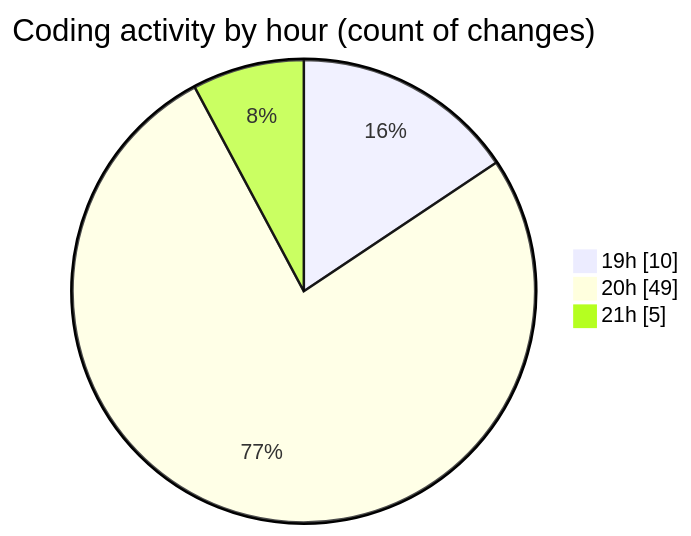
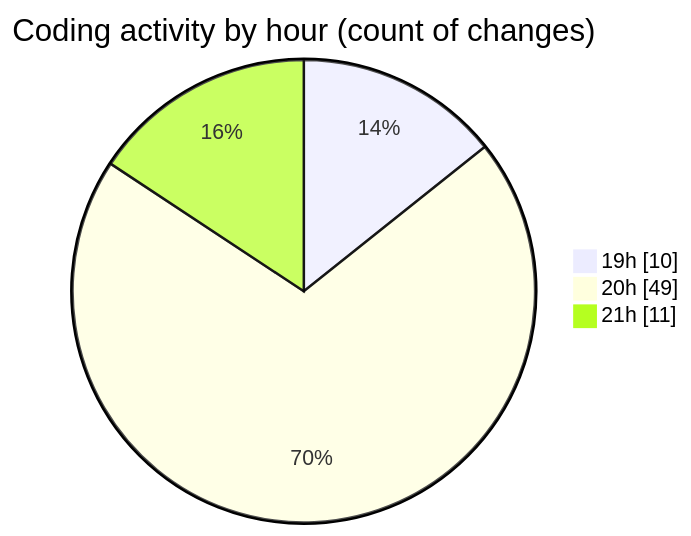
Before and after one commit to charlie-sans/code-tracking: the second of 2 diagrams in 2025-01-28/trollerboard/README.md, drawn with Mermaid. The commit also changed other lines of this file and 1 other file, not shown here.

````diff
--- a/2025-01-28/trollerboard/README.md
+++ b/2025-01-28/trollerboard/README.md
@@ -37,7 +40,7 @@
 ```mermaid
 pie showData
 title Coding activity by hour (count of changes)
 "19h" : 10
 "20h" : 49
-"21h" : 5
+"21h" : 11
 ```
````
